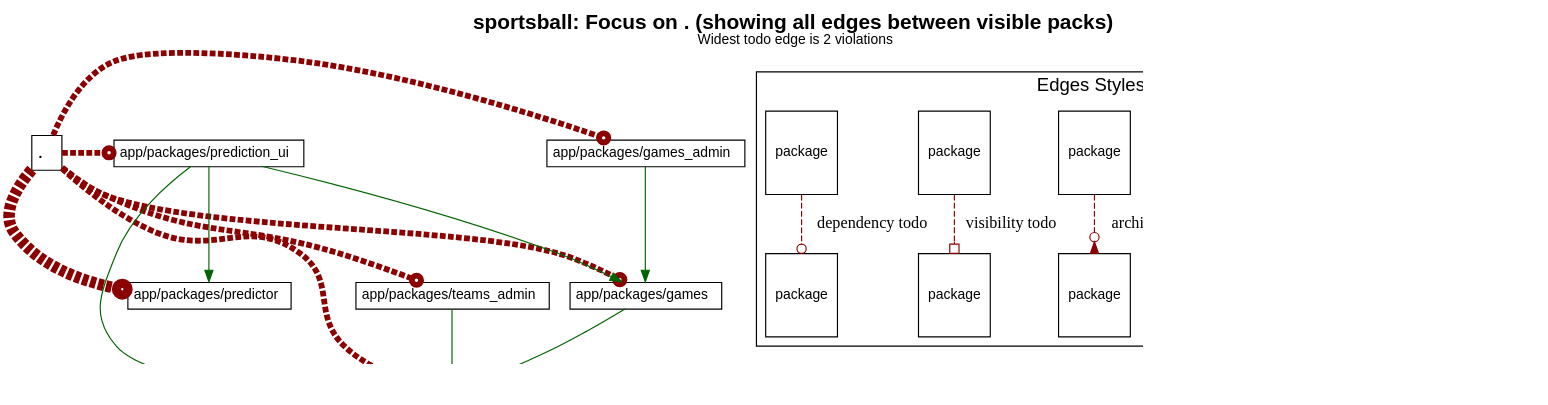
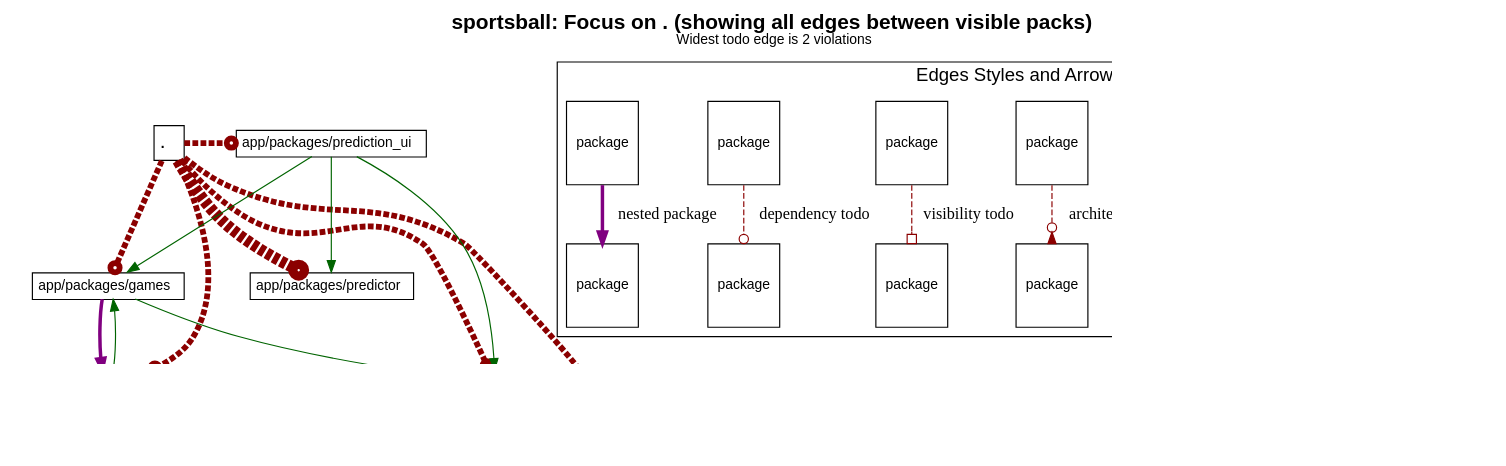
The diagram in c2s04/sportsball/diagrams/..dot (shageman/package-based-rails-applications-book), drawn with Graphviz before and after one commit. The commit also changed 4697 other files, not shown here.

```diff
--- a/c2s04/sportsball/diagrams/..dot
+++ b/c2s04/sportsball/diagrams/..dot
@@ -1,153 +1,158 @@
 digraph package_diagram {
   rankdir=TD
   graph [
     labelloc="t"
     fontname="Helvetica,Arial,sans-serif"
     dpi=100
     layout=dot
     label=<<b>sportsball: Focus on . (showing all edges between visible packs)</b><br/><font point-size='12'>Widest todo edge is 2 violations</font>>
     fontsize=18
   ]
   node [
     fontname="Helvetica,Arial,sans-serif"
     fontsize=26.0
     fontcolor=black
     fillcolor=white
     color=black
     height=1.0
     style=filled
     shape=plain
   ]
     subgraph NotInLayer {
       shape=box
       color=darkgrey
       fillcolor=lightblue
       style=filled
         cluster=false
         "." [
             fontsize=18.0
             label= <
                 <table border='0' cellborder='1' cellspacing='0' cellpadding='4'>
                   <tr> <td align='left'> . </td> </tr>
                 </table>
               >
           ]
         
         "app/packages/games" [
             fontsize=12.0
             label= <
                 <table border='0' cellborder='1' cellspacing='0' cellpadding='4'>
                   <tr> <td align='left'> app/packages/games </td> </tr>
                 </table>
               >
           ]
         
         "app/packages/games_admin" [
             fontsize=12.0
             label= <
                 <table border='0' cellborder='1' cellspacing='0' cellpadding='4'>
                   <tr> <td align='left'> app/packages/games_admin </td> </tr>
                 </table>
               >
           ]
         
         "app/packages/prediction_ui" [
             fontsize=12.0
             label= <
                 <table border='0' cellborder='1' cellspacing='0' cellpadding='4'>
                   <tr> <td align='left'> app/packages/prediction_ui </td> </tr>
                 </table>
               >
           ]
         
         "app/packages/predictor" [
             fontsize=12.0
             label= <
                 <table border='0' cellborder='1' cellspacing='0' cellpadding='4'>
                   <tr> <td align='left'> app/packages/predictor </td> </tr>
                 </table>
               >
           ]
         
         "app/packages/teams" [
             fontsize=12.0
             label= <
                 <table border='0' cellborder='1' cellspacing='0' cellpadding='4'>
                   <tr> <td align='left'> app/packages/teams </td> </tr>
                 </table>
               >
           ]
         
         "app/packages/teams_admin" [
             fontsize=12.0
             label= <
                 <table border='0' cellborder='1' cellspacing='0' cellpadding='4'>
                   <tr> <td align='left'> app/packages/teams_admin </td> </tr>
                 </table>
               >
           ]
         
     }
           "app/packages/games" -> "app/packages/teams" [ color=darkgreen ]
           "app/packages/games_admin" -> "app/packages/games" [ color=darkgreen ]
           "app/packages/prediction_ui" -> "app/packages/games" [ color=darkgreen ]
           "app/packages/prediction_ui" -> "app/packages/predictor" [ color=darkgreen ]
           "app/packages/prediction_ui" -> "app/packages/teams" [ color=darkgreen ]
           "app/packages/teams_admin" -> "app/packages/teams" [ color=darkgreen ]
             "." -> "app/packages/games" [ color=darkred style=dashed
               constraint=false
               # headlabel="dependency"
                 arrowhead=odot
               penwidth=5            ]
             "." -> "app/packages/games_admin" [ color=darkred style=dashed
               constraint=false
               # headlabel="dependency"
                 arrowhead=odot
               penwidth=5            ]
             "." -> "app/packages/prediction_ui" [ color=darkred style=dashed
               constraint=false
               # headlabel="dependency"
                 arrowhead=odot
               penwidth=5            ]
             "." -> "app/packages/predictor" [ color=darkred style=dashed
               constraint=false
               # headlabel="dependency"
                 arrowhead=odot
               penwidth=10            ]
             "." -> "app/packages/teams" [ color=darkred style=dashed
               constraint=false
               # headlabel="dependency"
                 arrowhead=odot
               penwidth=5            ]
             "." -> "app/packages/teams_admin" [ color=darkred style=dashed
               constraint=false
               # headlabel="dependency"
                 arrowhead=odot
               penwidth=5            ]
+        "app/packages/games" -> "app/packages/games_admin" [ color=purple penwidth=3 ]
+        "app/packages/teams" -> "app/packages/teams_admin" [ color=purple penwidth=3 ]
   subgraph cluster_legend {
     fontsize=16
     label="Edges Styles and Arrow Heads"
     A [ fontsize=12 shape=box label="package"]
     B [ fontsize=12 shape=box label="package"]
     C [ fontsize=12 shape=box label="package"]
     D [ fontsize=12 shape=box label="package"]
     E [ fontsize=12 shape=box label="package"]
     F [ fontsize=12 shape=box label="package"]
     G [ fontsize=12 shape=box label="package"]
     H [ fontsize=12 shape=box label="package"]
     I [ fontsize=12 shape=box label="package"]
     J [ fontsize=12 shape=box label="package"]
+    K [ fontsize=12 shape=box label="package"]
+    L [ fontsize=12 shape=box label="package"]
     A -> B [label="accepted dependency" color=darkgreen]
     C -> D [label="privac todo" color=darkred style=dashed arrowhead=crow]
     E -> F [label="architecture todo" color=darkred style=dashed arrowhead=invodot]
     G -> H [label="visibility todo" color=darkred style=dashed arrowhead=obox]
     I -> J [label="dependency todo" color=darkred style=dashed arrowhead=odot]
+    K -> L [label="nested package" color=purple penwidth=3]
   }
   subgraph cluster_teams_legend {
     fontsize=16
     label="Team Colors"
 
 
   }
   J -> "" [style=invis]
 }
```
